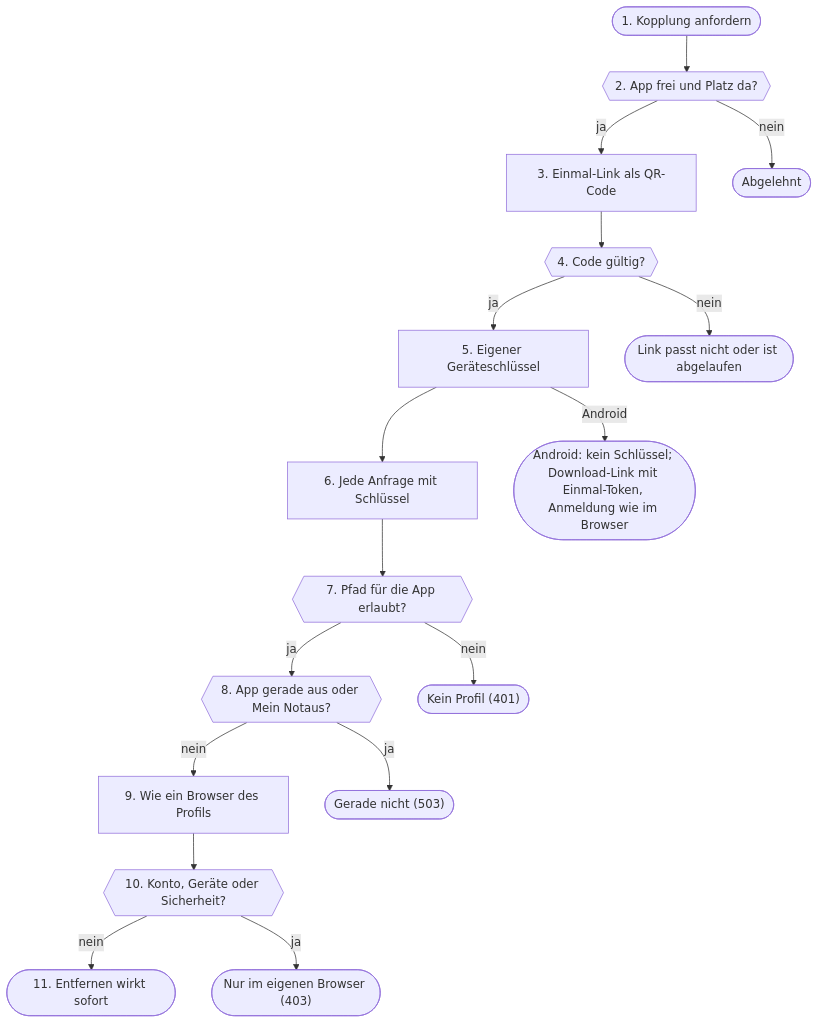
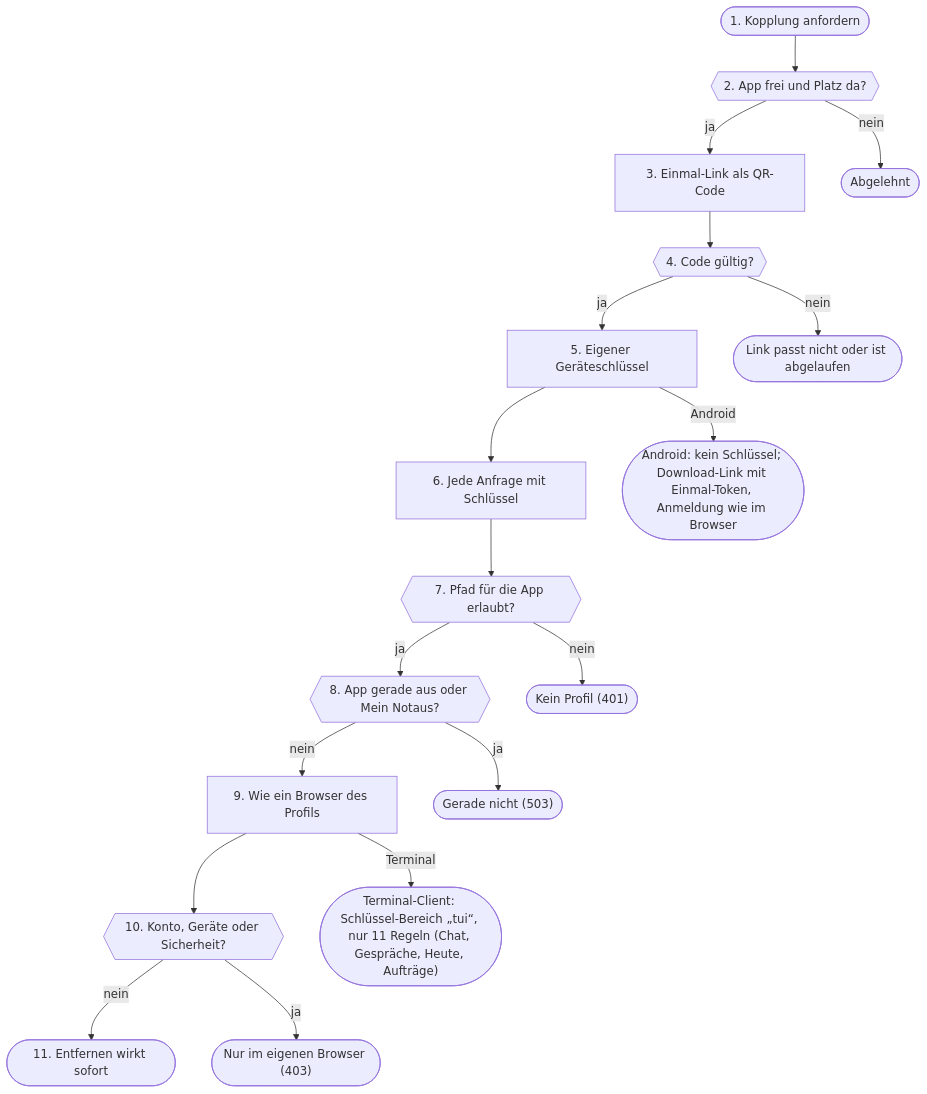
One commit to db9979/speech-on-dgx-spark changed the third of 26 diagrams in docs/de/architektur.md. Above: the diagram before and after it, drawn with Mermaid. The commit also changed other lines of this file and 39 other files, not shown here.

First line of the commit message:
V01.0.646 Terminal-Client spark-tui (neu, aus): Chat, Gespräche, Heute und Aufträge im Terminal

````diff
--- a/docs/de/architektur.md
+++ b/docs/de/architektur.md
@@ -705,36 +706,38 @@
 ```mermaid
 flowchart TD
   s1(["1. Kopplung anfordern"])
   s2{{"2. App frei und Platz da?"}}
   s3["3. Einmal-Link als QR-Code"]
   s4{{"4. Code gültig?"}}
   s5["5. Eigener Geräteschlüssel"]
   s6["6. Jede Anfrage mit Schlüssel"]
   s7{{"7. Pfad für die App erlaubt?"}}
   s8{{"8. App gerade aus oder Mein Notaus?"}}
   s9["9. Wie ein Browser des Profils"]
   s10{{"10. Konto, Geräte oder Sicherheit?"}}
   s11(["11. Entfernen wirkt sofort"])
   s1 --> s2
   s2 -->|ja| s3
   s3 --> s4
   s4 -->|ja| s5
   s5 --> s6
   s6 --> s7
   s7 -->|ja| s8
   s8 -->|nein| s9
   s9 --> s10
   s10 -->|nein| s11
   s2x(["Abgelehnt"])
   s2 -->|nein| s2x
   s4x(["Link passt nicht oder ist abgelaufen"])
   s4 -->|nein| s4x
   s5x(["Android: kein Schlüssel; Download-Link mit Einmal-Token, Anmeldung wie im Browser"])
   s5 -->|Android| s5x
   s7x(["Kein Profil (401)"])
   s7 -->|nein| s7x
   s8x(["Gerade nicht (503)"])
   s8 -->|ja| s8x
+  s9x(["Terminal-Client: Schlüssel-Bereich „tui“, nur 11 Regeln (Chat, Gespräche, Heute, Aufträge)"])
+  s9 -->|Terminal| s9x
   s10x(["Nur im eigenen Browser (403)"])
   s10 -->|ja| s10x
 ```
````
